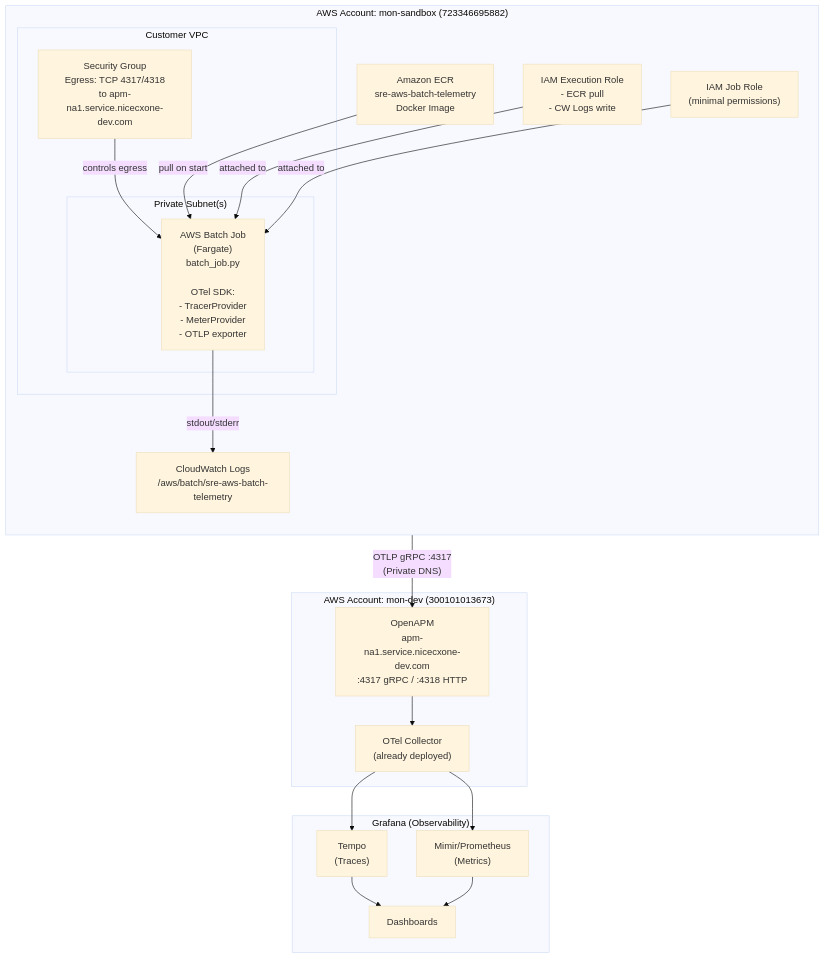
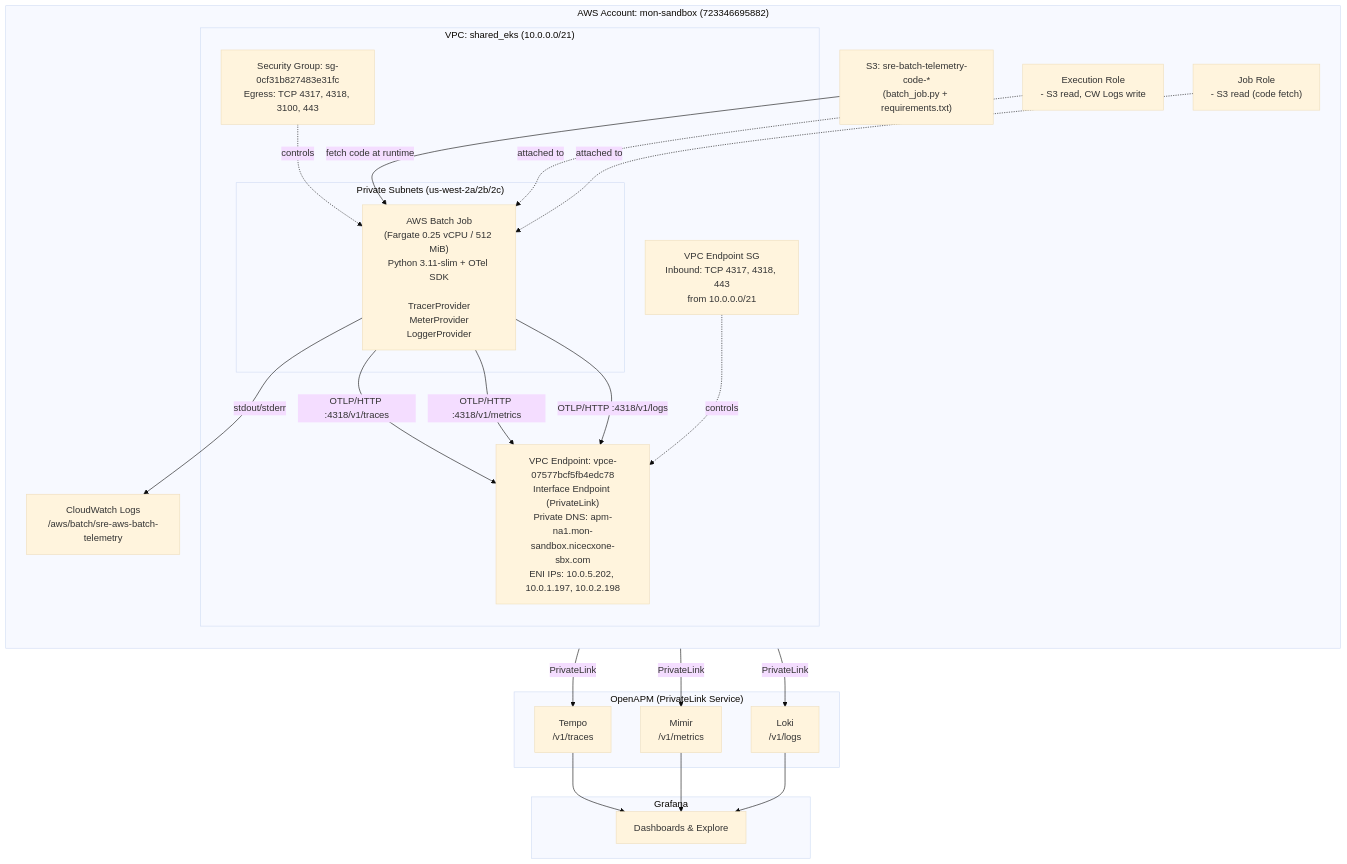
Before and after one commit to npawar-incontact01/sre-aws-batch-telemetry-openapm: the diagram in docs/architecture.md, drawn with Mermaid (base theme). The commit also changed other lines of this file and 17 other files, not shown here.

````diff
--- a/docs/architecture.md
+++ b/docs/architecture.md
@@ -11,39 +13,44 @@
 ```mermaid
 graph TB
     subgraph mon-sandbox["AWS Account: mon-sandbox (723346695882)"]
         direction TB
-        subgraph VPC["Customer VPC"]
-            subgraph PrivateSubnet["Private Subnet(s)"]
-                BJ["AWS Batch Job\n(Fargate)\nbatch_job.py\n\nOTel SDK:\n- TracerProvider\n- MeterProvider\n- OTLP exporter"]
+        subgraph VPC["VPC: shared_eks (10.0.0.0/21)"]
+            subgraph PrivateSubnets["Private Subnets (us-west-2a/2b/2c)"]
+                BJ["AWS Batch Job<br/>(Fargate 0.25 vCPU / 512 MiB)<br/>Python 3.11-slim + OTel SDK<br/><br/>TracerProvider<br/>MeterProvider<br/>LoggerProvider"]
             end
-            SG["Security Group\nEgress: TCP 4317/4318\nto apm-na1.service.nicecxone-dev.com"]
+            SG["Security Group: sg-0cf31b827483e31fc<br/>Egress: TCP 4317, 4318, 3100, 443"]
+            VPCE["VPC Endpoint: vpce-07577bcf5fb4edc78<br/>Interface Endpoint (PrivateLink)<br/>Private DNS: apm-na1.mon-sandbox.nicecxone-sbx.com<br/>ENI IPs: 10.0.5.202, 10.0.1.197, 10.0.2.198"]
+            VPCE_SG["VPC Endpoint SG<br/>Inbound: TCP 4317, 4318, 443<br/>from 10.0.0.0/21"]
         end
-        ECR["Amazon ECR\nsre-aws-batch-telemetry\nDocker Image"]
-        CW["CloudWatch Logs\n/aws/batch/sre-aws-batch-telemetry"]
-        IAM_EXEC["IAM Execution Role\n- ECR pull\n- CW Logs write"]
-        IAM_JOB["IAM Job Role\n(minimal permissions)"]
+        S3["S3: sre-batch-telemetry-code-*<br/>(batch_job.py + requirements.txt)"]
+        CW["CloudWatch Logs<br/>/aws/batch/sre-aws-batch-telemetry"]
+        IAM_EXEC["Execution Role<br/>- S3 read, CW Logs write"]
+        IAM_JOB["Job Role<br/>- S3 read (code fetch)"]
     end
 
-    subgraph mon-dev["AWS Account: mon-dev (300101013673)"]
-        OC["OTel Collector\n(already deployed)"]
-        APM["OpenAPM\napm-na1.service.nicecxone-dev.com\n:4317 gRPC / :4318 HTTP"]
+    subgraph openapm["OpenAPM (PrivateLink Service)"]
+        APM_TRACES["Tempo<br/>/v1/traces"]
+        APM_METRICS["Mimir<br/>/v1/metrics"]
+        APM_LOGS["Loki<br/>/v1/logs"]
     end
 
-    subgraph Grafana["Grafana (Observability)"]
-        Tempo["Tempo\n(Traces)"]
-        Mimir["Mimir/Prometheus\n(Metrics)"]
-        Dashboard["Dashboards"]
+    subgraph Grafana["Grafana"]
+        Dashboard["Dashboards & Explore"]
     end
 
-    ECR -->|"pull on start"| BJ
+    S3 -->|"fetch code at runtime"| BJ
     BJ -->|"stdout/stderr"| CW
-    IAM_EXEC -->|"attached to"| BJ
-    IAM_JOB -->|"attached to"| BJ
-    SG -->|"controls egress"| BJ
-    BJ -->|"OTLP gRPC :4317\n(Private DNS)"| APM
-    APM --> OC
-    OC --> Tempo
-    OC --> Mimir
-    Tempo --> Dashboard
-    Mimir --> Dashboard
+    IAM_EXEC -.->|"attached to"| BJ
+    IAM_JOB -.->|"attached to"| BJ
+    SG -.->|"controls"| BJ
+    VPCE_SG -.->|"controls"| VPCE
+    BJ -->|"OTLP/HTTP :4318/v1/traces"| VPCE
+    BJ -->|"OTLP/HTTP :4318/v1/metrics"| VPCE
+    BJ -->|"OTLP/HTTP :4318/v1/logs"| VPCE
+    VPCE -->|"PrivateLink"| APM_TRACES
+    VPCE -->|"PrivateLink"| APM_METRICS
+    VPCE -->|"PrivateLink"| APM_LOGS
+    APM_TRACES --> Dashboard
+    APM_METRICS --> Dashboard
+    APM_LOGS --> Dashboard
 ```
````
